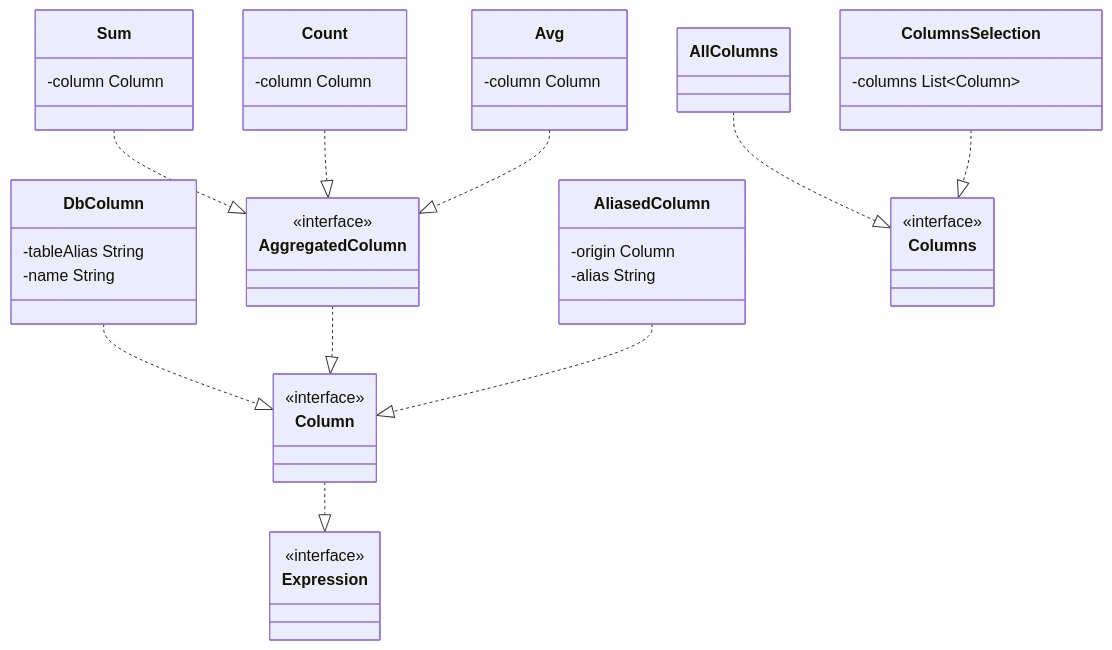
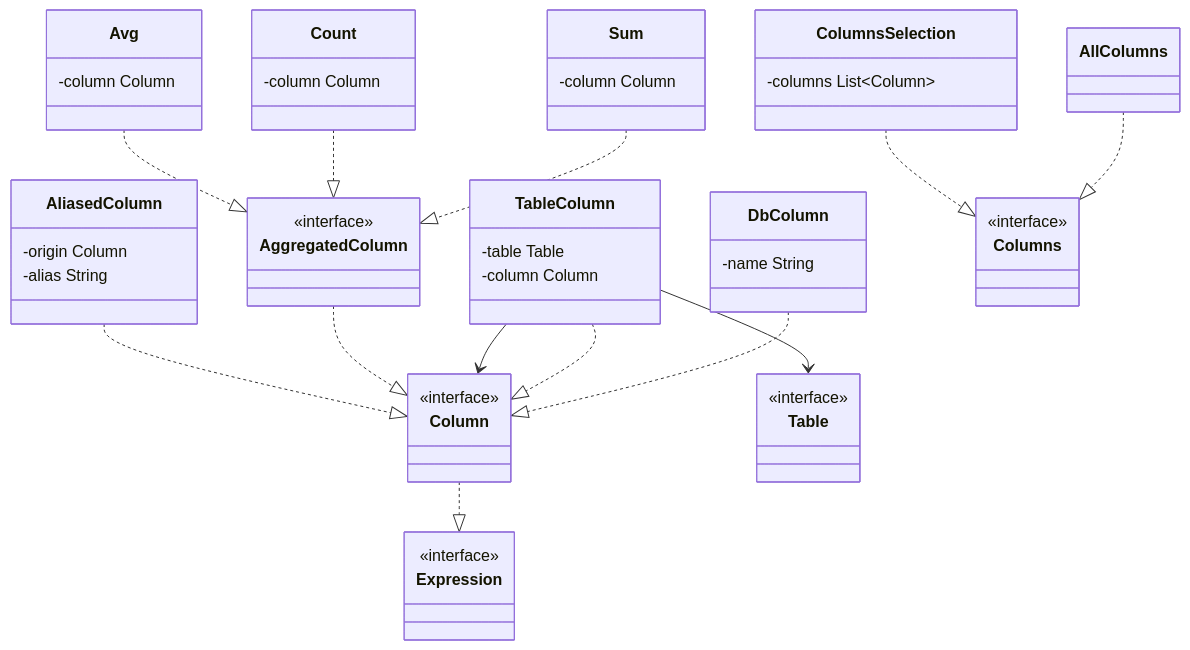
Before and after one commit to safarislava/QueryBricks: the fifth of 10 diagrams in docs/domain.md, drawn with Mermaid. The commit also changed other lines of this file, not shown here.

Commit message:
docs: Make column dependency for table via decorator pattern

````diff
--- a/docs/domain.md
+++ b/docs/domain.md
@@ -120,55 +120,66 @@
 ```mermaid
 classDiagram
     class Expression {
         <<interface>>
     }
 
     class Column {
         <<interface>>
     }
     Column ..|> Expression
 
     class DbColumn {
-        -tableAlias String
         -name String
     }
     DbColumn ..|> Column
+
+    class Table {
+        <<interface>>
+    }
+
+    class TableColumn {
+        -table Table
+        -column Column
+    }
+    TableColumn ..|> Column
+    TableColumn --> Column
+    TableColumn --> Table
 
     class AggregatedColumn {
         <<interface>>
     }
     AggregatedColumn ..|> Column
 
     class Sum {
         -column Column
     }
     Sum ..|> AggregatedColumn
 
     class Count {
         -column Column
     }
     Count ..|> AggregatedColumn
 
     class Avg {
         -column Column
     }
     Avg ..|> AggregatedColumn
 
     class AliasedColumn {
         -origin Column
         -alias String
     }
     AliasedColumn ..|> Column
 
     class Columns {
         <<interface>>
     }
 
     class AllColumns
     AllColumns ..|> Columns
 
     class ColumnsSelection {
         -columns List~Column~
     }
     ColumnsSelection ..|> Columns
 ```
````
